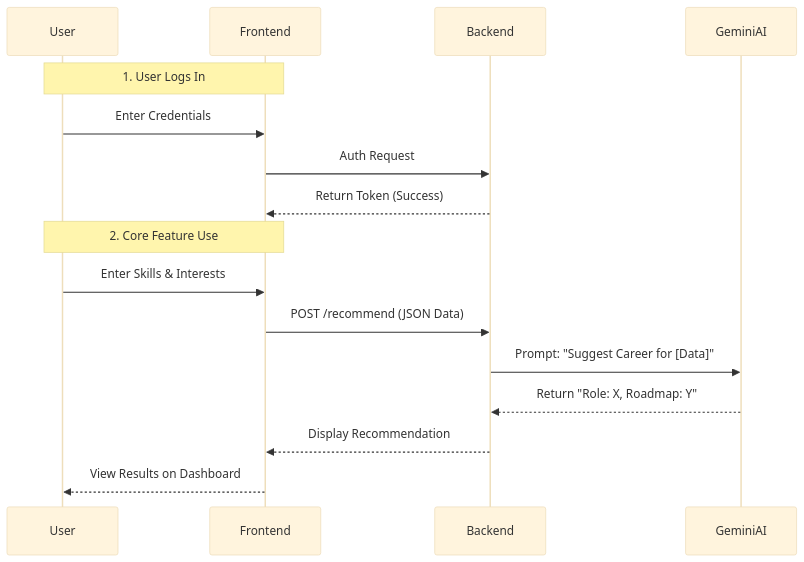
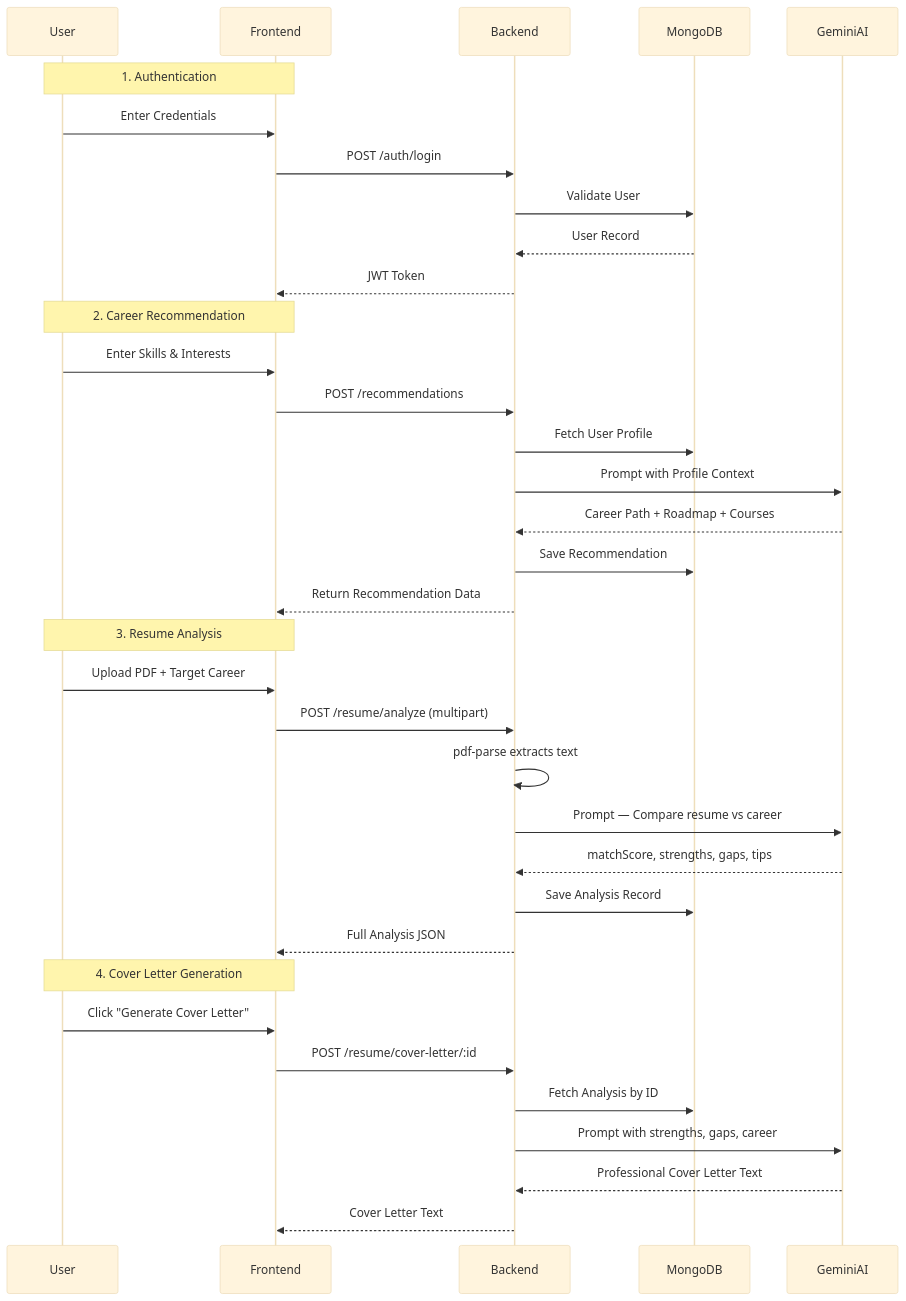
One commit to ishikaaa18/PathFinder-AI changed the first of 2 diagrams in Project_Report.md. Above: the diagram before and after it, drawn with Mermaid (base theme). The commit also changed other lines of this file and 40 other files, not shown here.

````diff
--- a/Project_Report.md
+++ b/Project_Report.md
@@ -180,20 +227,41 @@
 ```mermaid
 sequenceDiagram
     participant User
     participant Frontend
     participant Backend
+    participant MongoDB
     participant GeminiAI
 
-    Note over User, Frontend: 1. User Logs In
+    Note over User, Frontend: 1. Authentication
     User->>Frontend: Enter Credentials
-    Frontend->>Backend: Auth Request
-    Backend-->>Frontend: Return Token (Success)
+    Frontend->>Backend: POST /auth/login
+    Backend->>MongoDB: Validate User
+    MongoDB-->>Backend: User Record
+    Backend-->>Frontend: JWT Token
 
-    Note over User, Frontend: 2. Core Feature Use
+    Note over User, Frontend: 2. Career Recommendation
     User->>Frontend: Enter Skills & Interests
-    Frontend->>Backend: POST /recommend (JSON Data)
-    Backend->>GeminiAI: Prompt: "Suggest Career for [Data]"
-    GeminiAI-->>Backend: Return "Role: X, Roadmap: Y"
-    Backend-->>Frontend: Display Recommendation
-    Frontend-->>User: View Results on Dashboard
+    Frontend->>Backend: POST /recommendations
+    Backend->>MongoDB: Fetch User Profile
+    Backend->>GeminiAI: Prompt with Profile Context
+    GeminiAI-->>Backend: Career Path + Roadmap + Courses
+    Backend->>MongoDB: Save Recommendation
+    Backend-->>Frontend: Return Recommendation Data
+
+    Note over User, Frontend: 3. Resume Analysis
+    User->>Frontend: Upload PDF + Target Career
+    Frontend->>Backend: POST /resume/analyze (multipart)
+    Backend->>Backend: pdf-parse extracts text
+    Backend->>GeminiAI: Prompt — Compare resume vs career
+    GeminiAI-->>Backend: matchScore, strengths, gaps, tips
+    Backend->>MongoDB: Save Analysis Record
+    Backend-->>Frontend: Full Analysis JSON
+
+    Note over User, Frontend: 4. Cover Letter Generation
+    User->>Frontend: Click "Generate Cover Letter"
+    Frontend->>Backend: POST /resume/cover-letter/:id
+    Backend->>MongoDB: Fetch Analysis by ID
+    Backend->>GeminiAI: Prompt with strengths, gaps, career
+    GeminiAI-->>Backend: Professional Cover Letter Text
+    Backend-->>Frontend: Cover Letter Text
 ```
````
